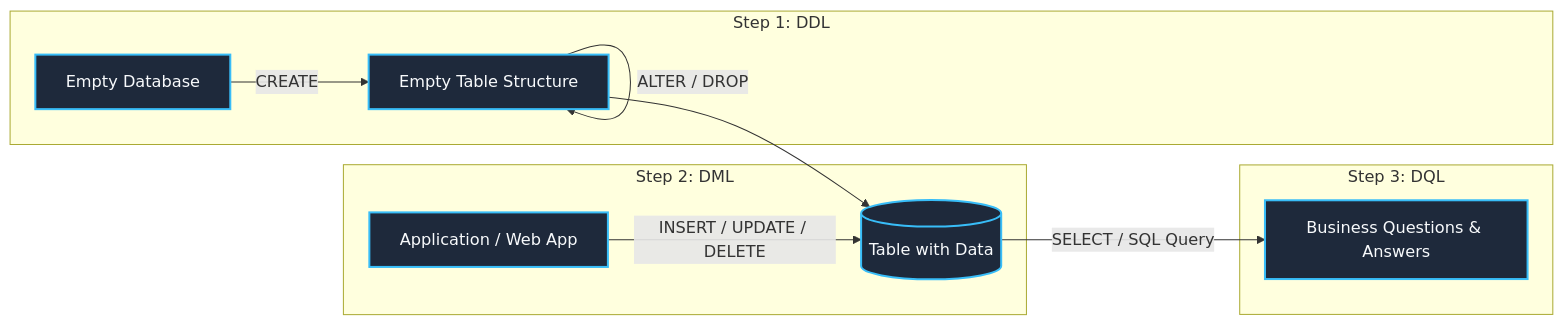
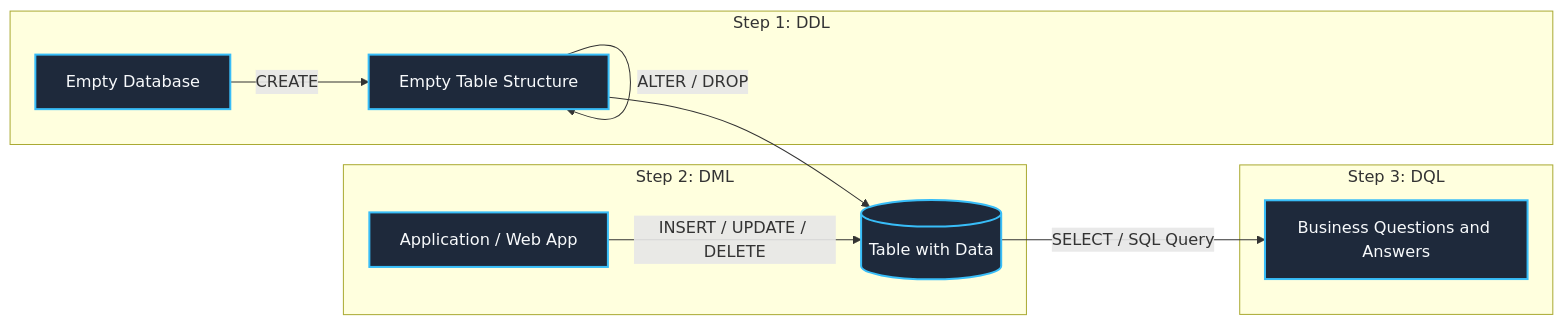
One commit to AkmKawser/Database-Management-System changed the diagram in Skills_Output/query/002_types_of_sql_commands.md. Above: the diagram before and after it, drawn with Mermaid. The commit also changed other lines of this file and 11 other files, not shown here.

Commit message:
Fix Mermaid got PS parser error by double-quoting all node labels, upgrade audit_rendering.py, and codify global source attribution & simplification rules

````diff
--- a/Skills_Output/query/002_types_of_sql_commands.md
+++ b/Skills_Output/query/002_types_of_sql_commands.md
@@ -20,20 +20,20 @@
 ```mermaid
 flowchart LR
-    subgraph Step 1: DDL
-        A[Empty Database] -->|CREATE| B[Empty Table Structure]
-        B -->|ALTER / DROP| B
+    subgraph Step1["Step 1: DDL"]
+        A["Empty Database"] -->|"CREATE"| B["Empty Table Structure"]
+        B -->|"ALTER / DROP"| B
     end
 
-    subgraph Step 2: DML
-        C[Application / Web App] -->|INSERT / UPDATE / DELETE| D[(Table with Data)]
+    subgraph Step2["Step 2: DML"]
+        C["Application / Web App"] -->|"INSERT / UPDATE / DELETE"| D[("Table with Data")]
     end
 
-    subgraph Step 3: DQL
-        D -->|SELECT / SQL Query| E[Business Questions & Answers]
+    subgraph Step3["Step 3: DQL"]
+        D -->|"SELECT / SQL Query"| E["Business Questions and Answers"]
     end
 
     B --> D
     
     classDef stage fill:#1e293b,stroke:#38bdf8,stroke-width:2px,color:#f8fafc;
     class A,B,C,D,E stage;
 ```
````
